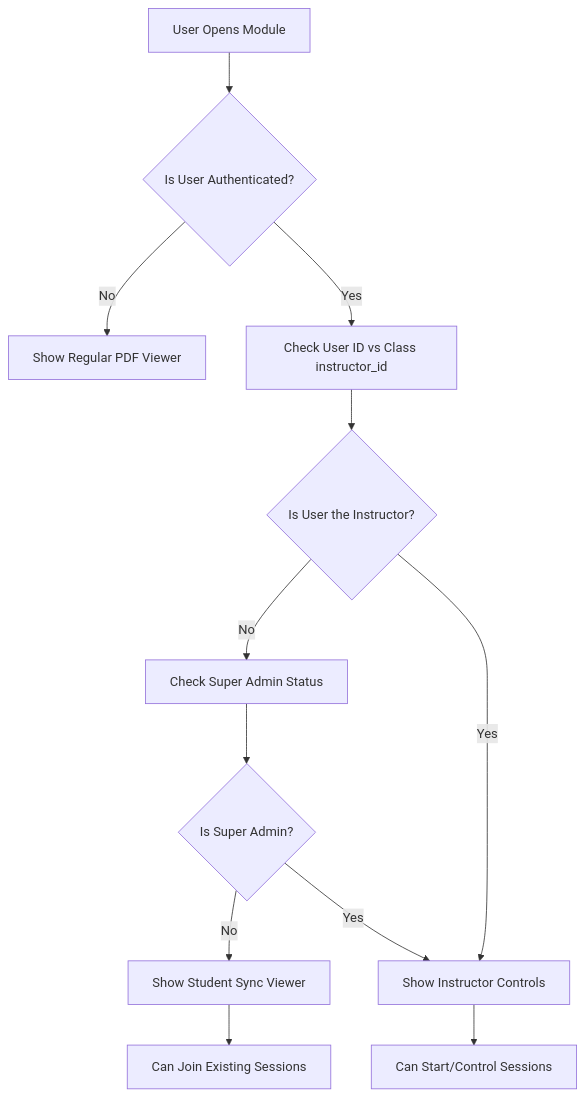
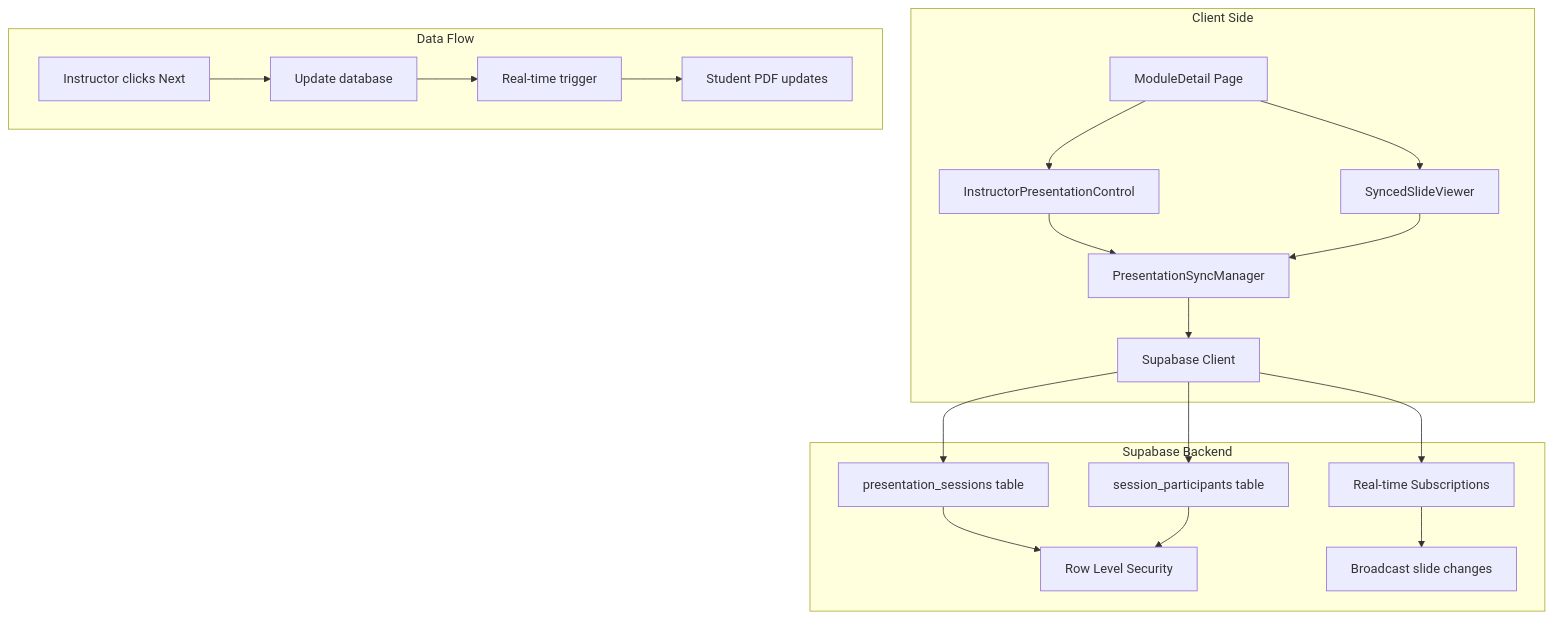
One commit to ndkramer/one80learn changed the diagram in student-view.md. Above: the diagram before and after it, drawn with Mermaid. The commit also changed other lines of this file and 20 other files, not shown here.

````diff
--- a/student-view.md
+++ b/student-view.md
@@ -101,14 +30,25 @@
 ```mermaid
-graph TD
-    A[User Opens Module] --> B{Is User Authenticated?}
-    B -->|No| C[Show Regular PDF Viewer]
-    B -->|Yes| D[Check User ID vs Class instructor_id]
-    D --> E{Is User the Instructor?}
-    E -->|No| F[Check Super Admin Status]
-    E -->|Yes| G[Show Instructor Controls]
-    F --> H{Is Super Admin?}
-    H -->|No| I[Show Student Sync Viewer]
-    H -->|Yes| G
-    G --> J[Can Start/Control Sessions]
-    I --> K[Can Join Existing Sessions]
+graph TB
+    subgraph "Client Side"
+        A[ModuleDetail Page] --> B[InstructorPresentationControl]
+        A --> C[SyncedSlideViewer] 
+        B --> D[PresentationSyncManager]
+        C --> D
+        D --> E[Supabase Client]
+    end
+    
+    subgraph "Supabase Backend"
+        E --> F[presentation_sessions table]
+        E --> G[session_participants table]
+        E --> H[Real-time Subscriptions]
+        F --> I[Row Level Security]
+        G --> I
+        H --> J[Broadcast slide changes]
+    end
+    
+    subgraph "Data Flow"
+        K[Instructor clicks Next] --> L[Update database]
+        L --> M[Real-time trigger]
+        M --> N[Student PDF updates]
+    end
 ```
````
